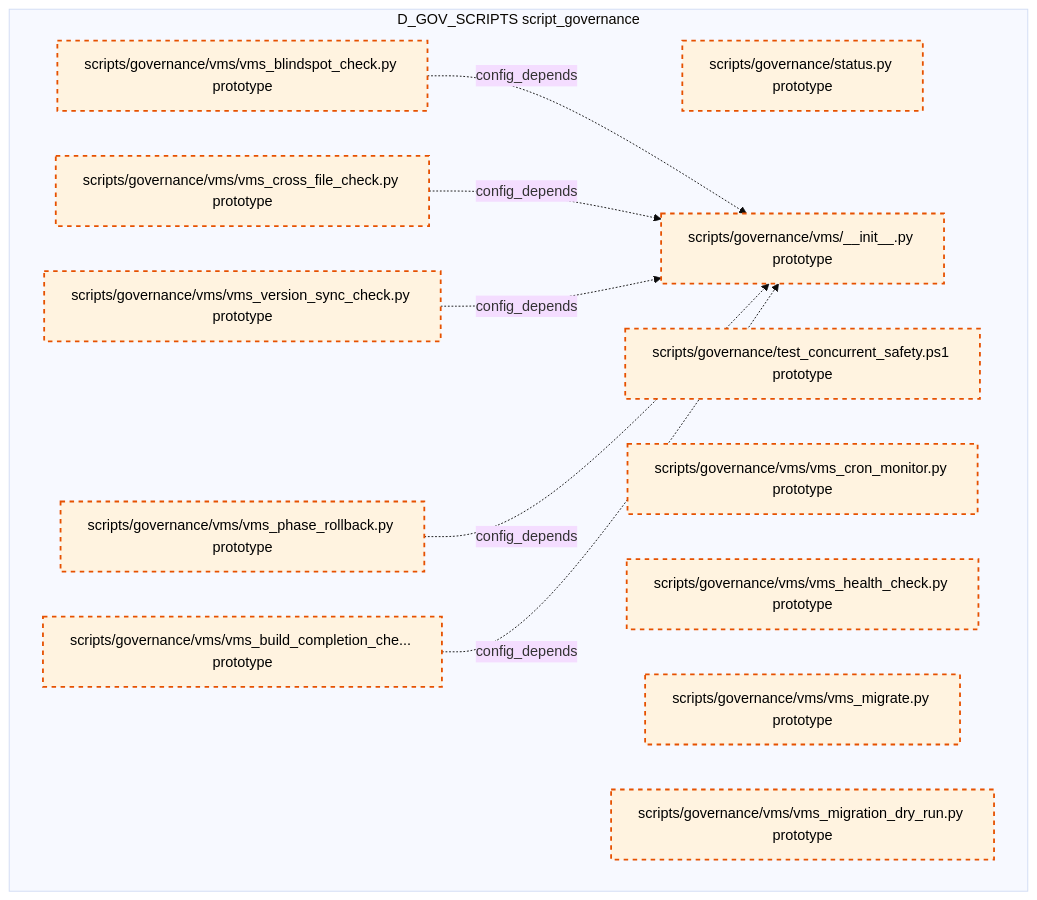
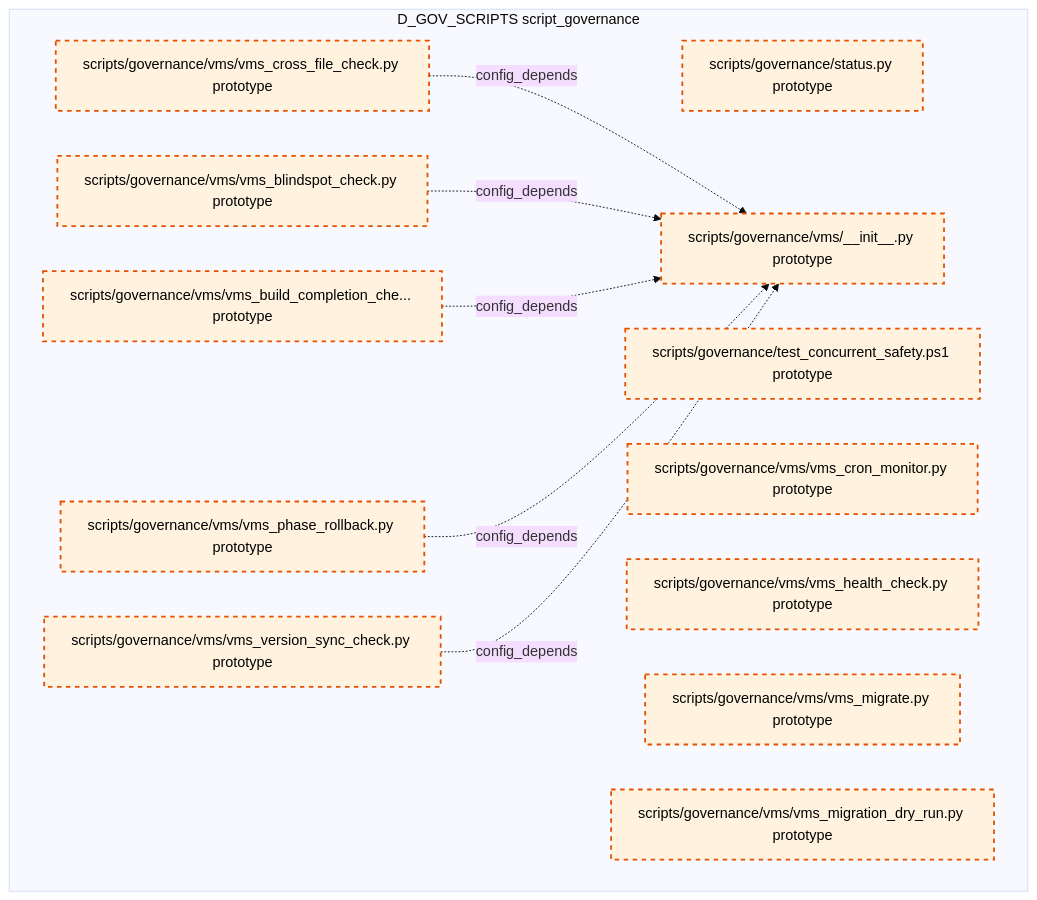
One commit to xuanFelixVan/ZephyrAlpha changed diagram 15 of 15 in docs/02_enterprise_architecture/02_domain_architecture_docs/36_d_gov_scripts.md. Above: the diagram before and after it, drawn with Mermaid (base theme). The commit also changed other lines of this file and 99 other files, not shown here.

````diff
--- a/docs/02_enterprise_architecture/02_domain_architecture_docs/36_d_gov_scripts.md
+++ b/docs/02_enterprise_architecture/02_domain_architecture_docs/36_d_gov_scripts.md
@@ -1013,27 +1014,27 @@
 ```mermaid
 graph TD
     subgraph D_GOV_SCRIPTS["D_GOV_SCRIPTS script_governance"]
         scripts_governance_status_py["scripts/governance/status.py prototype"]
         scripts_governance_test_concurrent_safety_ps1["scripts/governance/test_concurrent_safety.ps1 prototype"]
         scripts_governance_vms_init_py["scripts/governance/vms/__init__.py prototype"]
         scripts_governance_vms_vms_blindspot_check_py["scripts/governance/vms/vms_blindspot_check.py prototype"]
         scripts_governance_vms_vms_build_completion_check_py["scripts/governance/vms/vms_build_completion_che... prototype"]
         scripts_governance_vms_vms_cron_monitor_py["scripts/governance/vms/vms_cron_monitor.py prototype"]
         scripts_governance_vms_vms_cross_file_check_py["scripts/governance/vms/vms_cross_file_check.py prototype"]
         scripts_governance_vms_vms_health_check_py["scripts/governance/vms/vms_health_check.py prototype"]
         scripts_governance_vms_vms_migrate_py["scripts/governance/vms/vms_migrate.py prototype"]
         scripts_governance_vms_vms_migration_dry_run_py["scripts/governance/vms/vms_migration_dry_run.py prototype"]
         scripts_governance_vms_vms_phase_rollback_py["scripts/governance/vms/vms_phase_rollback.py prototype"]
         scripts_governance_vms_vms_version_sync_check_py["scripts/governance/vms/vms_version_sync_check.py prototype"]
     end
+    scripts_governance_vms_vms_cross_file_check_py -.->|config_depends| scripts_governance_vms_init_py
     scripts_governance_vms_vms_blindspot_check_py -.->|config_depends| scripts_governance_vms_init_py
-    scripts_governance_vms_vms_cross_file_check_py -.->|config_depends| scripts_governance_vms_init_py
+    scripts_governance_vms_vms_build_completion_check_py -.->|config_depends| scripts_governance_vms_init_py
+    scripts_governance_vms_vms_phase_rollback_py -.->|config_depends| scripts_governance_vms_init_py
     scripts_governance_vms_vms_version_sync_check_py -.->|config_depends| scripts_governance_vms_init_py
-    scripts_governance_vms_vms_phase_rollback_py -.->|config_depends| scripts_governance_vms_init_py
-    scripts_governance_vms_vms_build_completion_check_py -.->|config_depends| scripts_governance_vms_init_py
     classDef production fill:#e1f5fe,stroke:#01579b,stroke-width:2px,color:#000
     classDef design fill:#fff3e0,stroke:#e65100,stroke-width:2px,color:#000,stroke-dasharray: 5 5
     classDef external_prod fill:#e8f5e9,stroke:#1b5e20,stroke-width:1px,color:#000
     classDef external_design fill:#fce4ec,stroke:#880e4f,stroke-width:1px,color:#000,stroke-dasharray: 5 5
     class scripts_governance_status_py,scripts_governance_test_concurrent_safety_ps1,scripts_governance_vms_init_py,scripts_governance_vms_vms_blindspot_check_py,scripts_governance_vms_vms_build_completion_check_py,scripts_governance_vms_vms_cron_monitor_py,scripts_governance_vms_vms_cross_file_check_py,scripts_governance_vms_vms_health_check_py,scripts_governance_vms_vms_migrate_py,scripts_governance_vms_vms_migration_dry_run_py,scripts_governance_vms_vms_phase_rollback_py,scripts_governance_vms_vms_version_sync_check_py design
 ```
````
